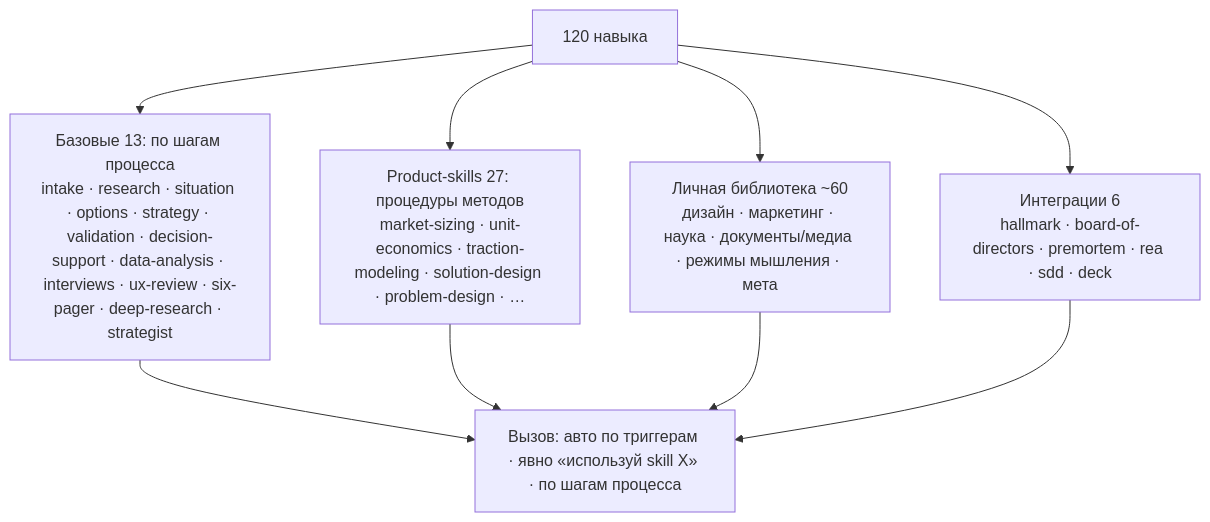
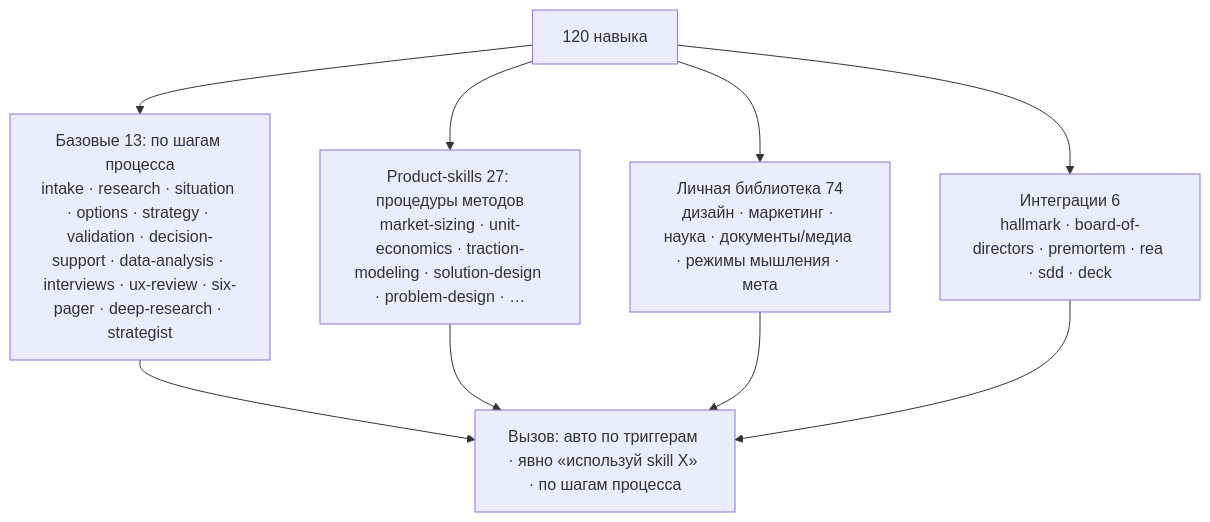
Before and after one commit to Fighter90/product-factory-strategist: the third of 4 diagrams in README.md, drawn with Mermaid. The commit also changed other lines of this file and 33 other files, not shown here.

````diff
--- a/README.md
+++ b/README.md
@@ -209,8 +209,8 @@
 ```mermaid
 flowchart TB
   SK["120 навыка"] --> B["Базовые 13: по шагам процесса<br/>intake · research · situation · options · strategy · validation · decision-support · data-analysis · interviews · ux-review · six-pager · deep-research · strategist"]
   SK --> P["Product-skills 27: процедуры методов<br/>market-sizing · unit-economics · traction-modeling · solution-design · problem-design · …"]
-  SK --> L["Личная библиотека ~60<br/>дизайн · маркетинг · наука · документы/медиа · режимы мышления · мета"]
+  SK --> L["Личная библиотека 74<br/>дизайн · маркетинг · наука · документы/медиа · режимы мышления · мета"]
   SK --> INT["Интеграции 6<br/>hallmark · board-of-directors · premortem · rea · sdd · deck"]
   B & P & L & INT --> INV["Вызов: авто по триггерам · явно «используй skill X» · по шагам процесса"]
 ```
````
